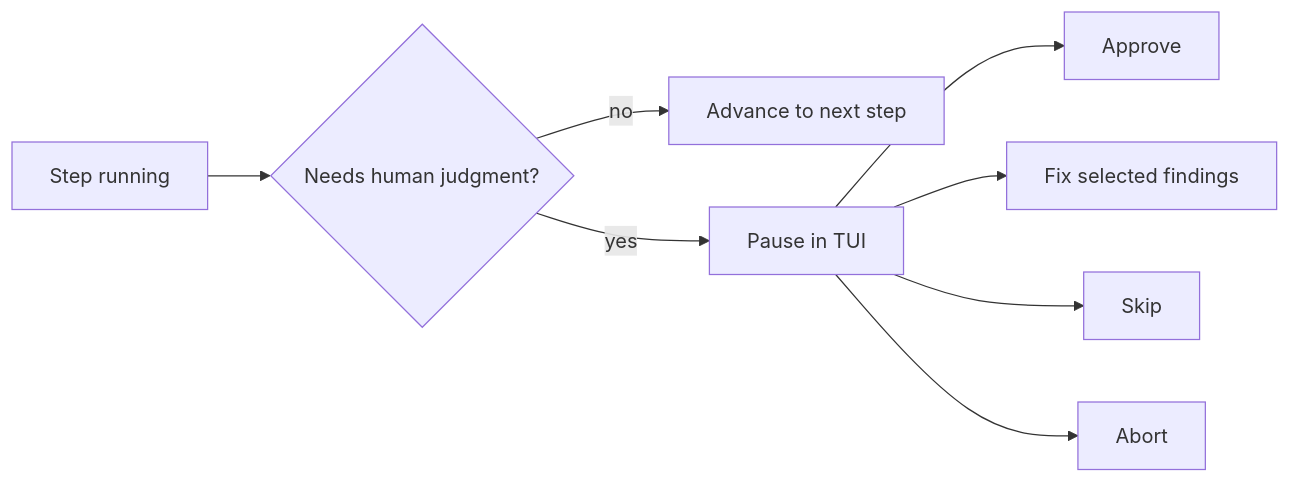
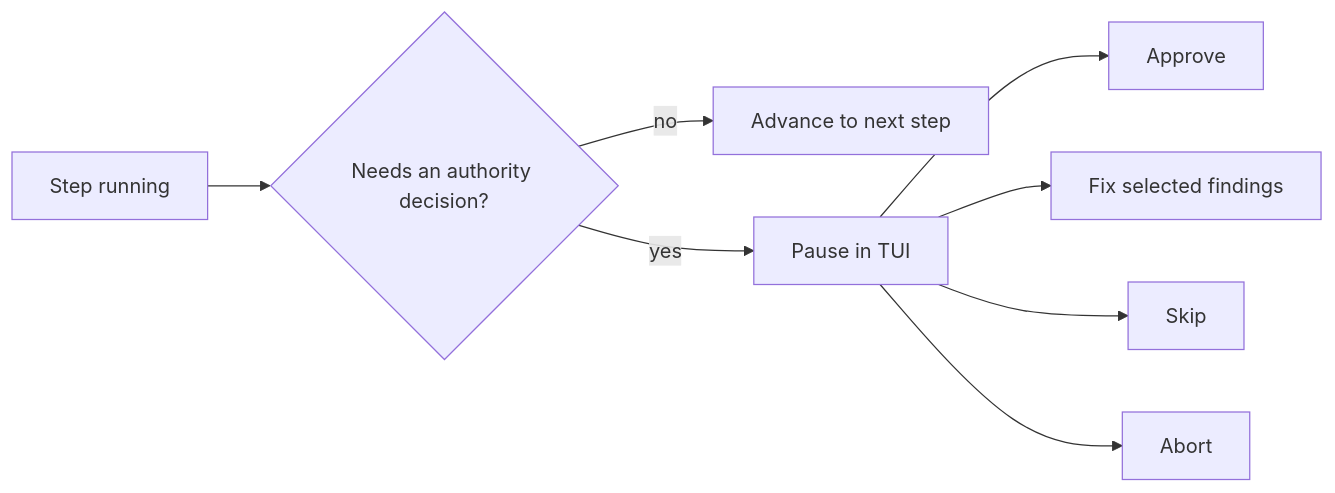
The diagram in docs/src/content/docs/guides/tui.md (henrylaih41/no-mistakes), drawn with Mermaid before and after one commit. The commit also changed other lines of this file and 51 other files, not shown here.

````diff
--- a/docs/src/content/docs/guides/tui.md
+++ b/docs/src/content/docs/guides/tui.md
@@ -17,10 +17,10 @@
 ```mermaid
 flowchart LR
-  running["Step running"] --> decision{"Needs human judgment?"}
+  running["Step running"] --> decision{"Needs an authority decision?"}
   decision -- "no" --> next["Advance to next step"]
   decision -- "yes" --> pause["Pause in TUI"]
   pause --> approve["Approve"]
   pause --> fix["Fix selected findings"]
   pause --> skip["Skip"]
   pause --> abort["Abort"]
 ```
````
